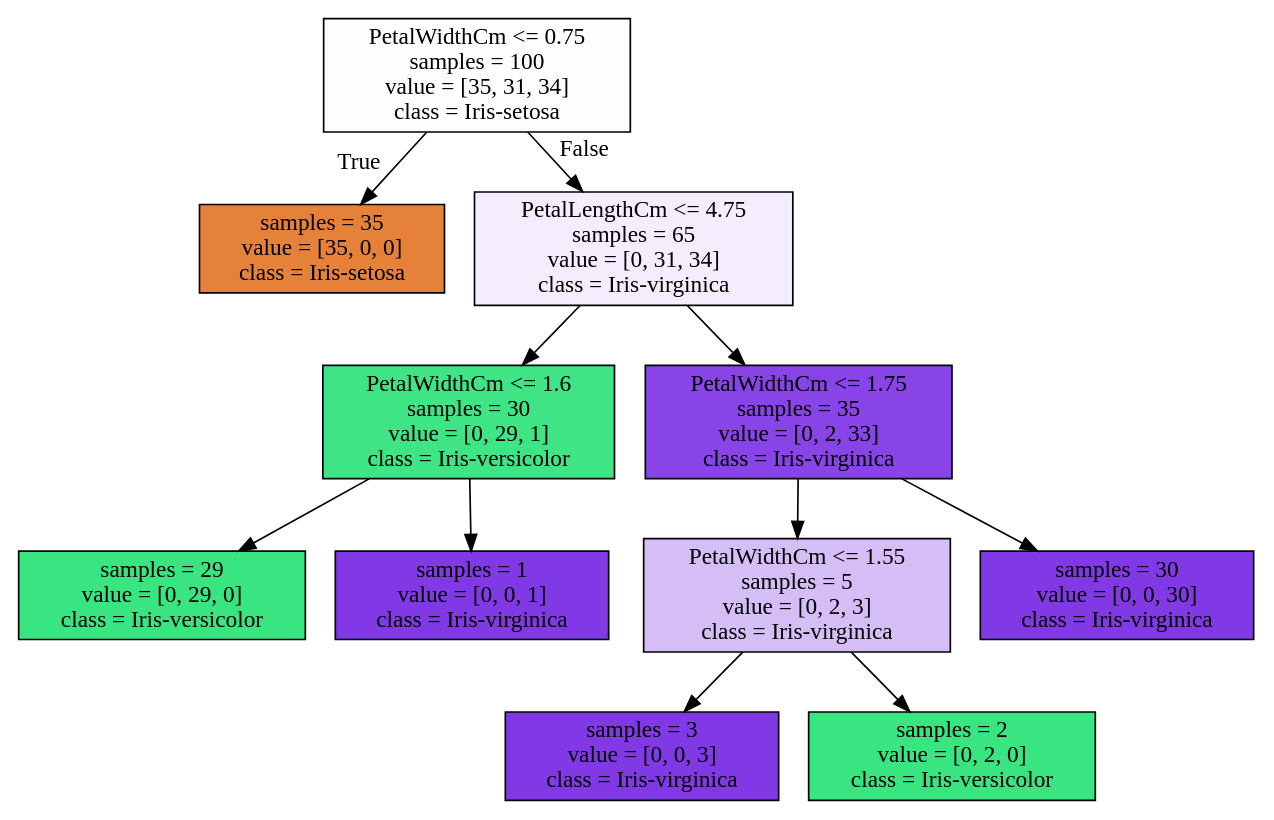
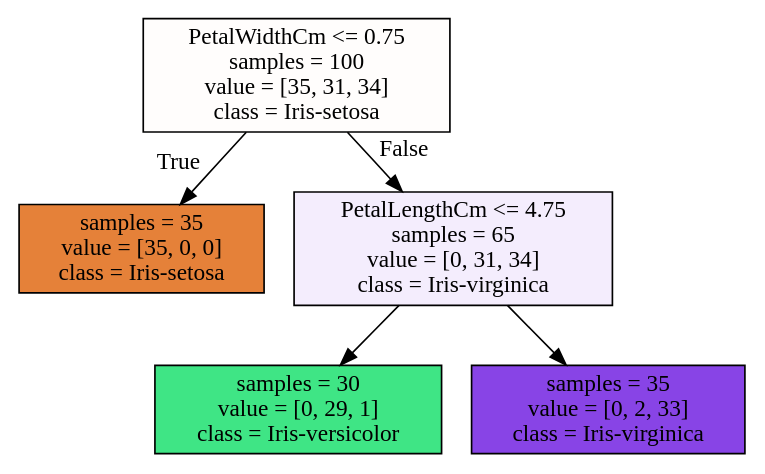
The diagram in decision_tree_tmp.dot (davidkorea/Iris_decision_tree), drawn with Graphviz before and after one commit. The commit also changed 4 other files, not shown here.

```diff
--- a/decision_tree_tmp.dot
+++ b/decision_tree_tmp.dot
@@ -1,24 +1,12 @@
 digraph Tree {
 node [shape=box, style="filled", color="black"] ;
 0 [label="PetalWidthCm <= 0.75\nsamples = 100\nvalue = [35, 31, 34]\nclass = Iris-setosa", fillcolor="#e5813904"] ;
 1 [label="samples = 35\nvalue = [35, 0, 0]\nclass = Iris-setosa", fillcolor="#e58139ff"] ;
 0 -> 1 [labeldistance=2.5, labelangle=45, headlabel="True"] ;
 2 [label="PetalLengthCm <= 4.75\nsamples = 65\nvalue = [0, 31, 34]\nclass = Iris-virginica", fillcolor="#8139e517"] ;
 0 -> 2 [labeldistance=2.5, labelangle=-45, headlabel="False"] ;
-3 [label="PetalWidthCm <= 1.6\nsamples = 30\nvalue = [0, 29, 1]\nclass = Iris-versicolor", fillcolor="#39e581f6"] ;
+3 [label="samples = 30\nvalue = [0, 29, 1]\nclass = Iris-versicolor", fillcolor="#39e581f6"] ;
 2 -> 3 ;
-4 [label="samples = 29\nvalue = [0, 29, 0]\nclass = Iris-versicolor", fillcolor="#39e581ff"] ;
-3 -> 4 ;
-5 [label="samples = 1\nvalue = [0, 0, 1]\nclass = Iris-virginica", fillcolor="#8139e5ff"] ;
-3 -> 5 ;
-6 [label="PetalWidthCm <= 1.75\nsamples = 35\nvalue = [0, 2, 33]\nclass = Iris-virginica", fillcolor="#8139e5f0"] ;
-2 -> 6 ;
-7 [label="PetalWidthCm <= 1.55\nsamples = 5\nvalue = [0, 2, 3]\nclass = Iris-virginica", fillcolor="#8139e555"] ;
-6 -> 7 ;
-8 [label="samples = 3\nvalue = [0, 0, 3]\nclass = Iris-virginica", fillcolor="#8139e5ff"] ;
-7 -> 8 ;
-9 [label="samples = 2\nvalue = [0, 2, 0]\nclass = Iris-versicolor", fillcolor="#39e581ff"] ;
-7 -> 9 ;
-10 [label="samples = 30\nvalue = [0, 0, 30]\nclass = Iris-virginica", fillcolor="#8139e5ff"] ;
-6 -> 10 ;
+4 [label="samples = 35\nvalue = [0, 2, 33]\nclass = Iris-virginica", fillcolor="#8139e5f0"] ;
+2 -> 4 ;
 }
```
